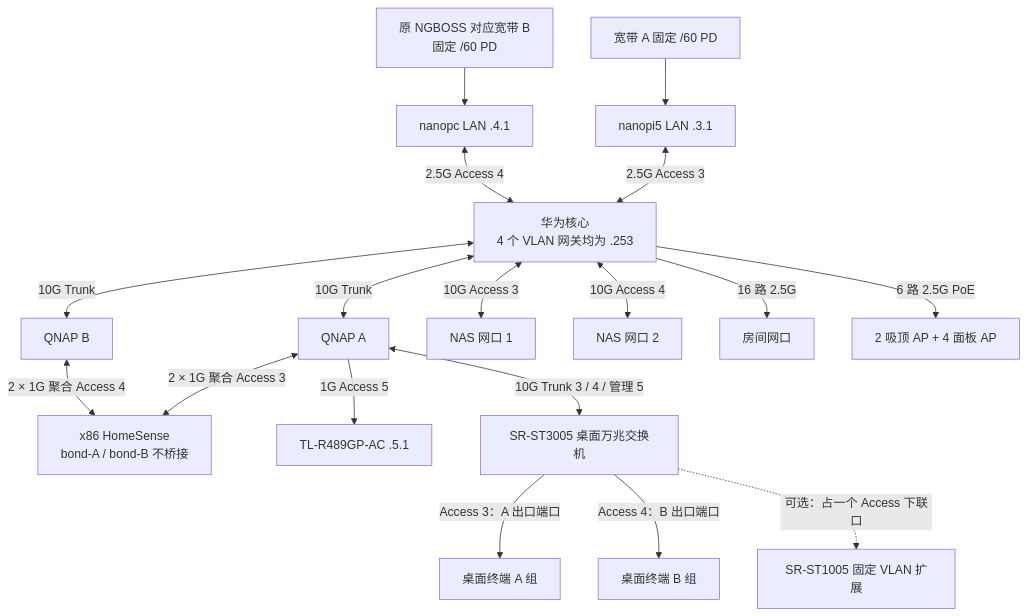
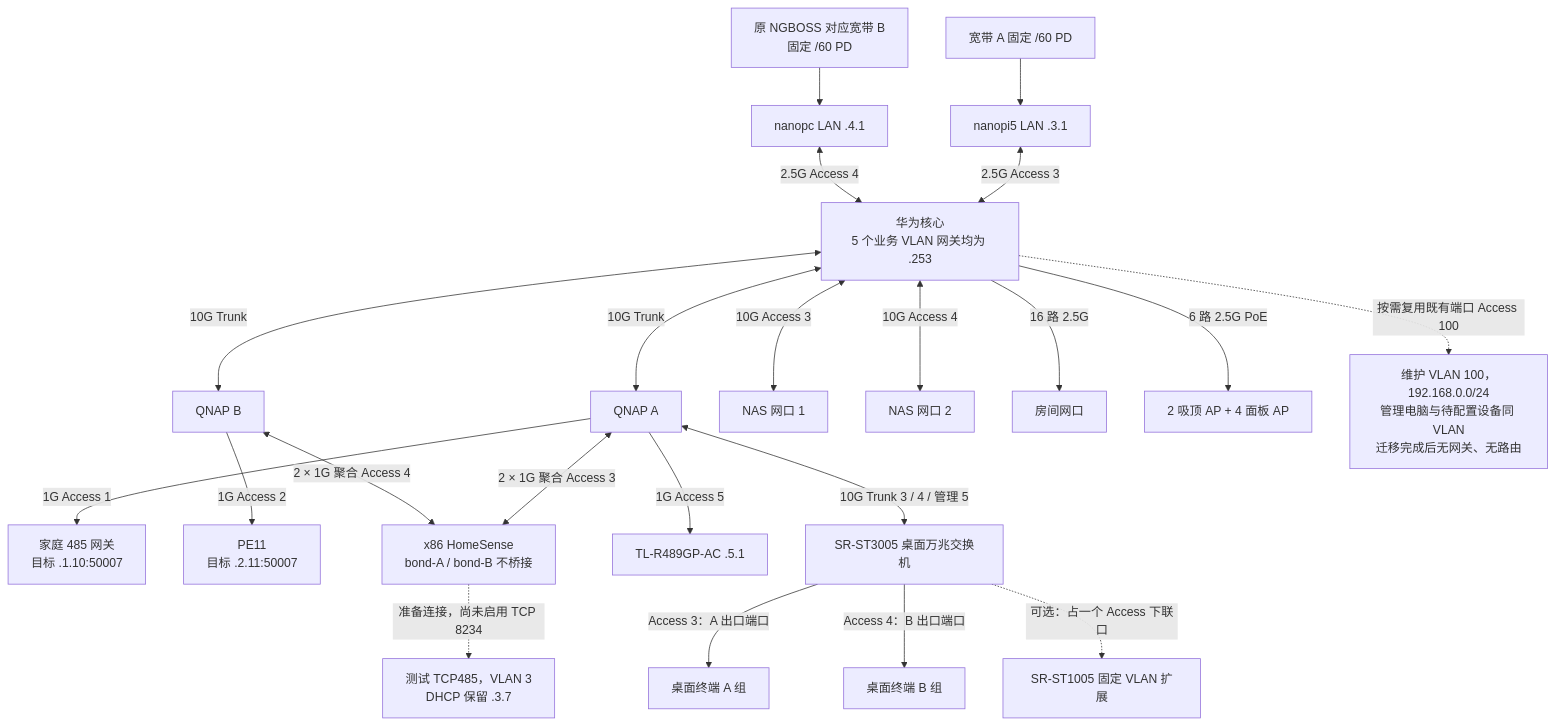
The diagram in docs/network-architecture.md (charwliu/homesense), drawn with Mermaid before and after one commit. The commit also changed other lines of this file and 1 other file, not shown here.

Commit message:
docs(network): define five business VLANs and maintenance VLAN100

````diff
--- a/docs/network-architecture.md
+++ b/docs/network-architecture.md
@@ -25,20 +28,24 @@
 ```mermaid
 flowchart TB
     WA["宽带 A 固定 /60 PD"] --> RA["nanopi5 LAN .3.1"]
     WB["原 NGBOSS 对应宽带 B<br/>固定 /60 PD"] --> RB["nanopc LAN .4.1"]
-    RA <-->|"2.5G Access 3"| C["华为核心<br/>4 个 VLAN 网关均为 .253"]
+    RA <-->|"2.5G Access 3"| C["华为核心<br/>5 个业务 VLAN 网关均为 .253"]
     RB <-->|"2.5G Access 4"| C
     C <-->|"10G Trunk"| QA["QNAP A"]
     C <-->|"10G Trunk"| QB["QNAP B"]
+    QA -->|"1G Access 1"| G1["家庭 485 网关<br/>目标 .1.10:50007"]
+    QB -->|"1G Access 2"| G2["PE11<br/>目标 .2.11:50007"]
     C <-->|"10G Access 3"| N1["NAS 网口 1"]
     C <-->|"10G Access 4"| N2["NAS 网口 2"]
     C -->|"16 路 2.5G"| R["房间网口"]
     C -->|"6 路 2.5G PoE"| AP["2 吸顶 AP + 4 面板 AP"]
     QA <-->|"2 × 1G 聚合 Access 3"| X["x86 HomeSense<br/>bond-A / bond-B 不桥接"]
     QB <-->|"2 × 1G 聚合 Access 4"| X
+    X -.->|"准备连接，尚未启用 TCP 8234"| T["测试 TCP485，VLAN 3<br/>DHCP 保留 .3.7"]
     QA -->|"1G Access 5"| AC["TL-R489GP-AC .5.1"]
     QA <-->|"10G Trunk 3 / 4 / 管理 5"| D["SR-ST3005 桌面万兆交换机"]
     D -->|"Access 3：A 出口端口"| DA["桌面终端 A 组"]
     D -->|"Access 4：B 出口端口"| DB["桌面终端 B 组"]
     D -.->|"可选：占一个 Access 下联口"| S["SR-ST1005 固定 VLAN 扩展"]
+    C -.->|"按需复用既有端口 Access 100"| M["维护 VLAN 100，192.168.0.0/24<br/>管理电脑与待配置设备同 VLAN<br/>迁移完成后无网关、无路由"]
 ```
````
